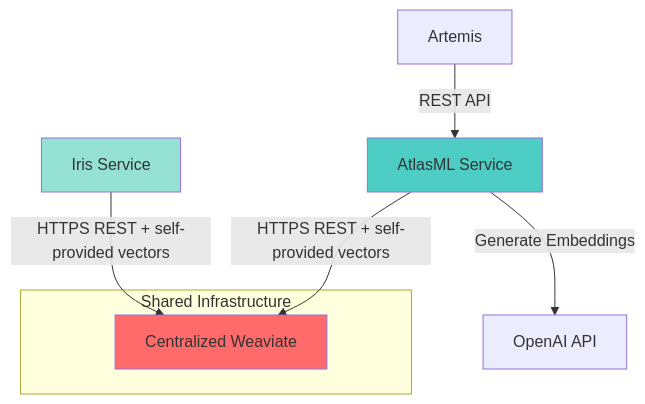
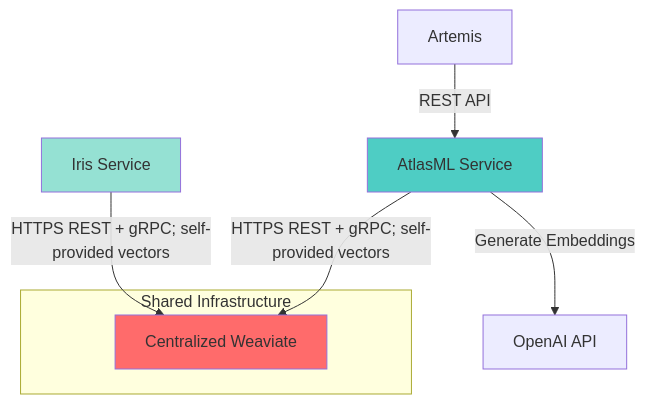
The diagram in atlas/docs/docs/admin/atlasml-overview.md (ls1intum/edutelligence), drawn with Mermaid before and after one commit. The commit also changed other lines of this file and 4 other files, not shown here.

````diff
--- a/atlas/docs/docs/admin/atlasml-overview.md
+++ b/atlas/docs/docs/admin/atlasml-overview.md
@@ -51,15 +51,15 @@
 ```mermaid
 graph TB
     A[Artemis] -->|REST API| B[AtlasML Service]
-    B -->|HTTPS REST + self-provided vectors| C[Centralized Weaviate]
+    B -->|HTTPS REST + gRPC; self-provided vectors| C[Centralized Weaviate]
     B -->|Generate Embeddings| D[OpenAI API]
-    E[Iris Service] -->|HTTPS REST + self-provided vectors| C
+    E[Iris Service] -->|HTTPS REST + gRPC; self-provided vectors| C
 
     subgraph "Shared Infrastructure"
     C
     end
 
     style B fill:#4ECDC4
     style C fill:#FF6B6B
     style E fill:#95E1D3
 ```
````
